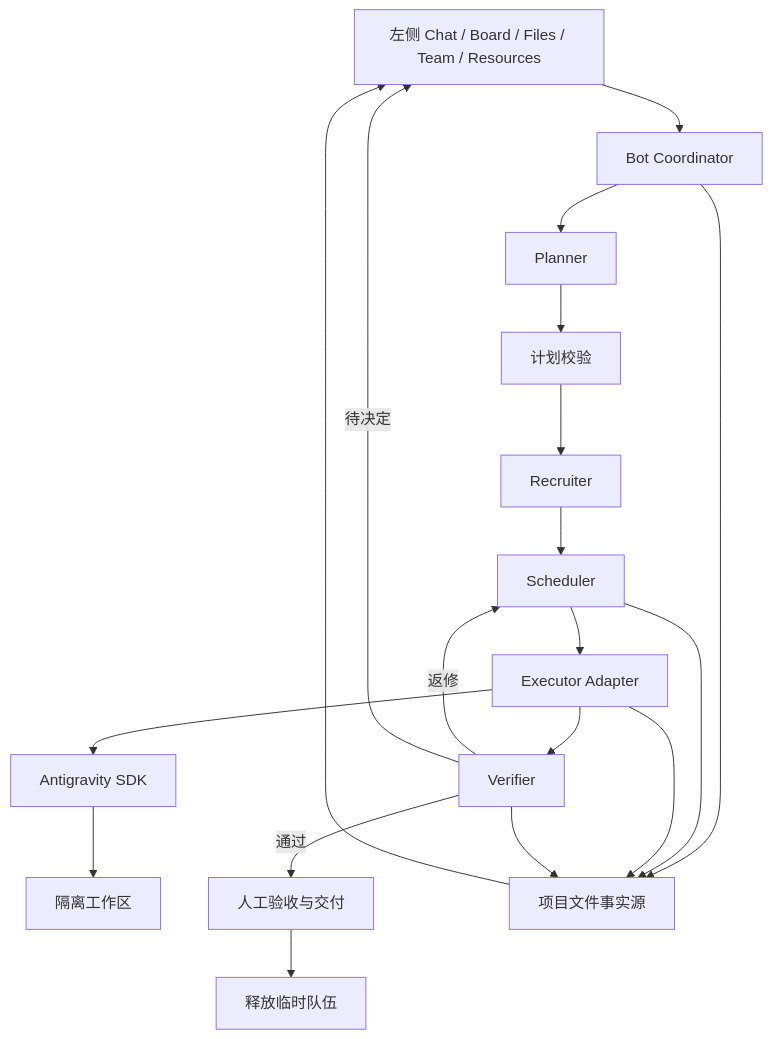
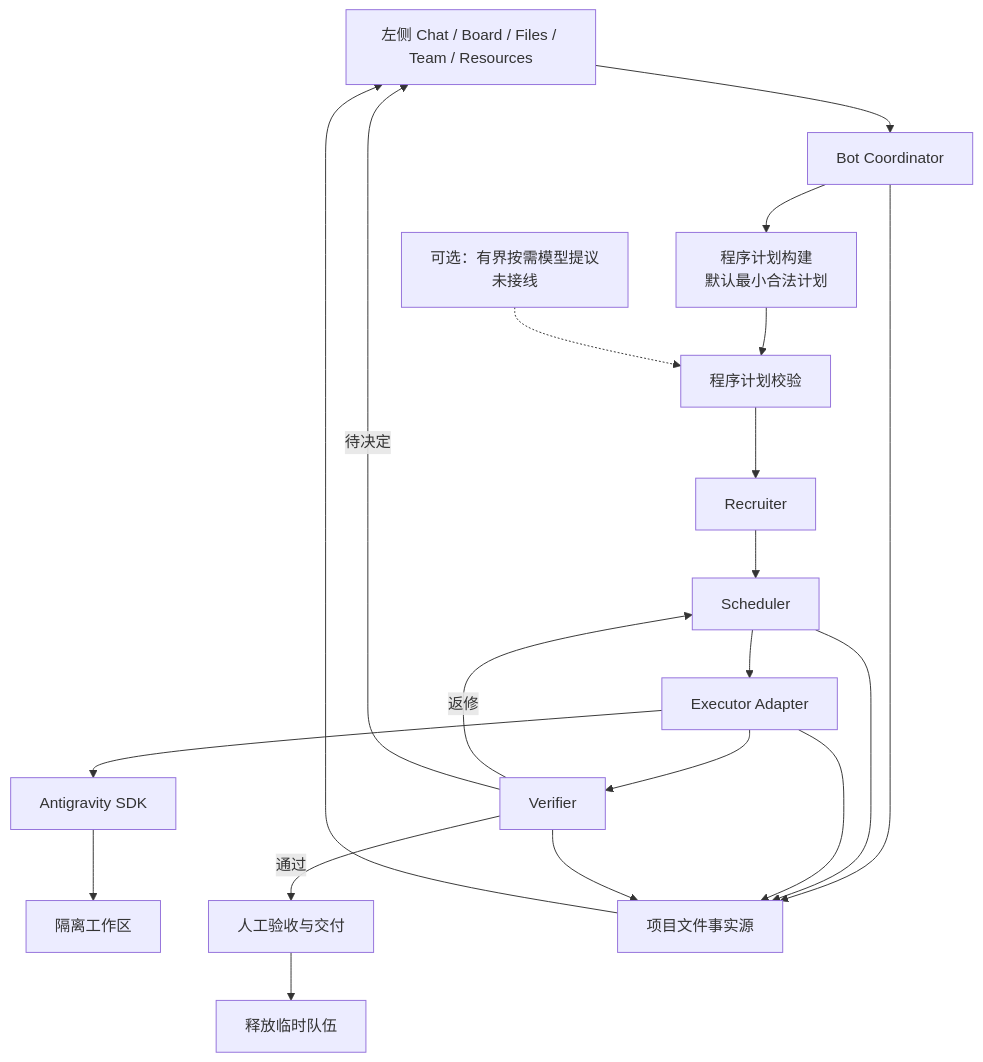
Before and after one commit to yhvh-chen/lightgravity-bot: the diagram in docs/01-design.md, drawn with Mermaid. The commit also changed other lines of this file and 2065 other files, not shown here.

````diff
--- a/docs/01-design.md
+++ b/docs/01-design.md
@@ -37,21 +40,22 @@
 ```mermaid
 flowchart TD
     UI[左侧 Chat / Board / Files / Team / Resources] --> C[Bot Coordinator]
-    C --> P[Planner]
-    P --> V[计划校验]
+    C --> P[程序计划构建<br/>默认最小合法计划]
+    P --> V[程序计划校验]
+    OM[可选：有界按需模型提议<br/>未接线] -.-> V
     V --> R[Recruiter]
     R --> S[Scheduler]
     S --> E[Executor Adapter]
     E --> SDK[Antigravity SDK]
     SDK --> W[隔离工作区]
     E --> Q[Verifier]
     Q -->|返修| S
     Q -->|待决定| UI
     Q -->|通过| A[人工验收与交付]
     A --> T[释放临时队伍]
     C --> FS[项目文件事实源]
     S --> FS
     E --> FS
     Q --> FS
     FS --> UI
 ```
````
